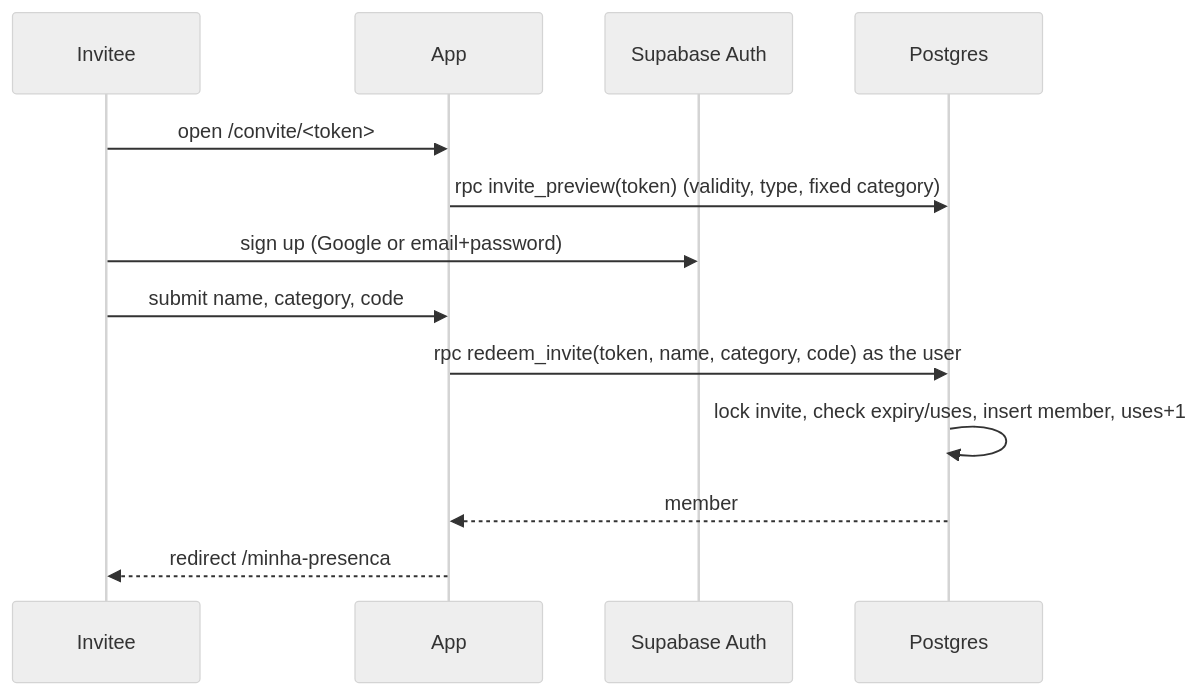
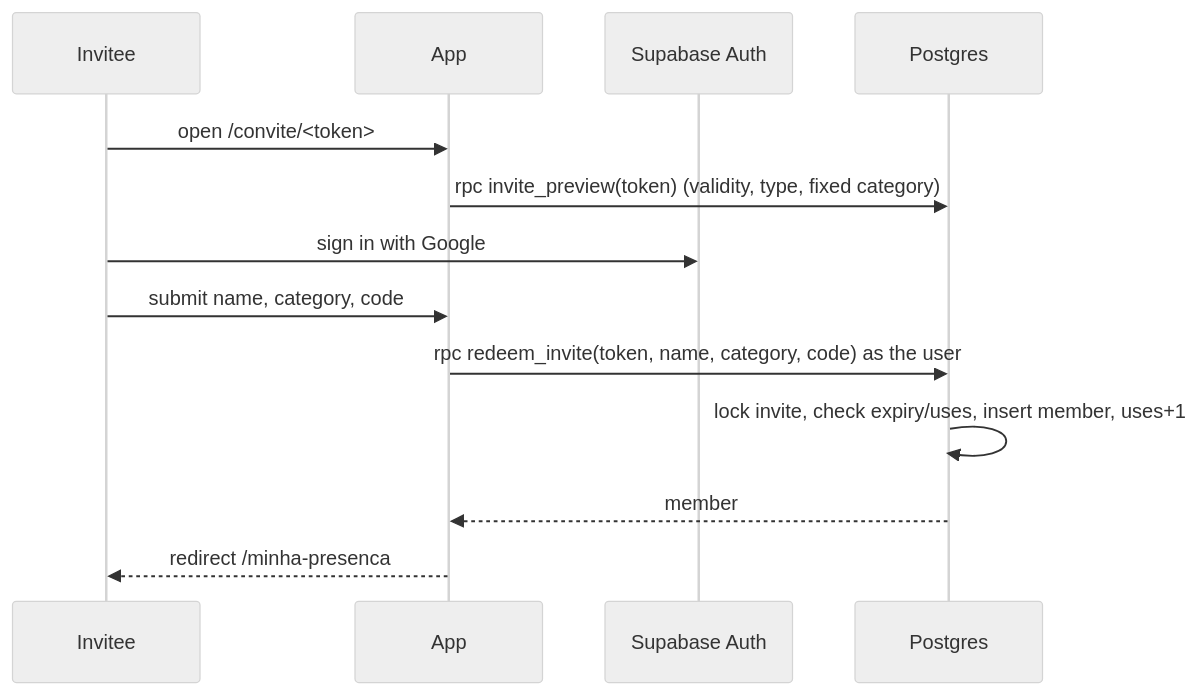
The fourth of 4 diagrams in docs/architecture/overview.md (1156UnderControl/AttendanceTrackerV2), drawn with Mermaid (neutral theme) before and after one commit. The commit also changed other lines of this file and 62 other files, not shown here.

First line of the commit message:
feat: Google sign-in, invitations, member area and member management (milestone 5) (#5)

````diff
--- a/docs/architecture/overview.md
+++ b/docs/architecture/overview.md
@@ -127,15 +126,15 @@
 ```mermaid
 sequenceDiagram
   participant U as Invitee
   participant A as App
   participant Auth as Supabase Auth
   participant DB as Postgres
   U->>A: open /convite/<token>
   A->>DB: rpc invite_preview(token) (validity, type, fixed category)
-  U->>Auth: sign up (Google or email+password)
+  U->>Auth: sign in with Google
   U->>A: submit name, category, code
   A->>DB: rpc redeem_invite(token, name, category, code) as the user
   DB->>DB: lock invite, check expiry/uses, insert member, uses+1
   DB-->>A: member
   A-->>U: redirect /minha-presenca
 ```
````
